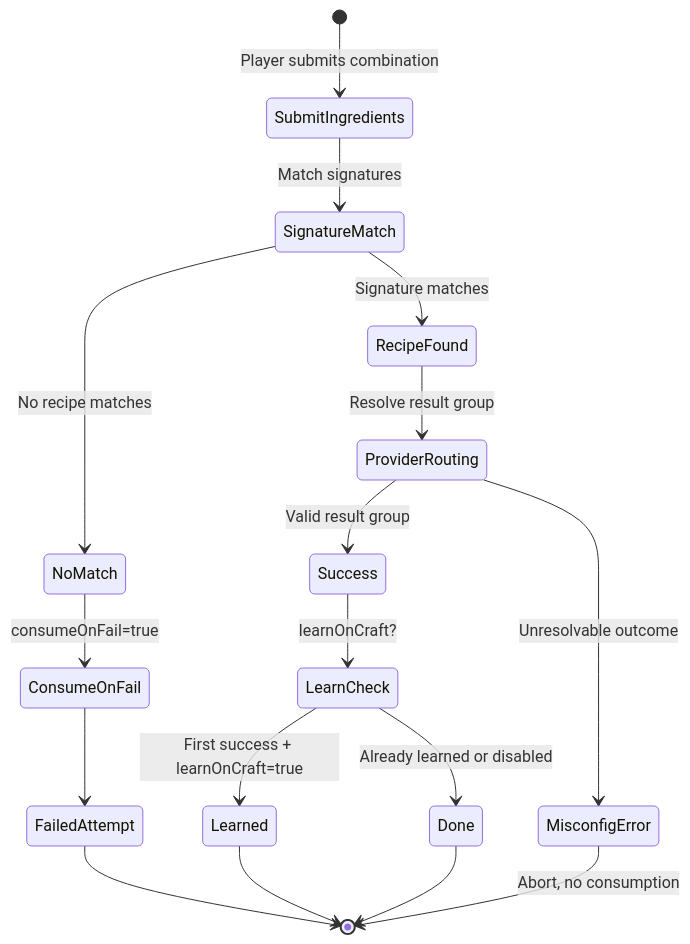
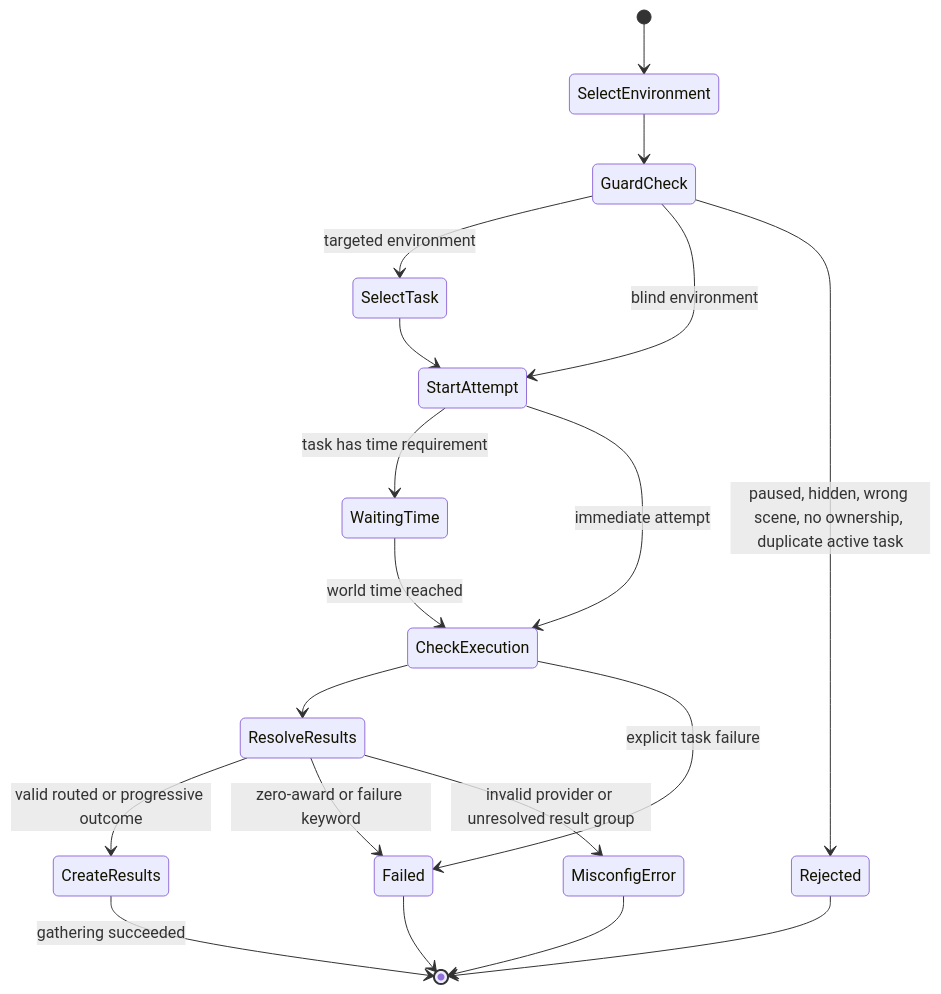
One commit to mistersilver-uk/fabricate changed the fourth of 4 diagrams in DOMAIN.md. Above: the diagram before and after it, drawn with Mermaid. The commit also changed other lines of this file, not shown here.

````diff
--- a/DOMAIN.md
+++ b/DOMAIN.md
@@ -184,19 +250,21 @@
 ```mermaid
 stateDiagram-v2
-    [*] --> SubmitIngredients: Player submits combination
-    SubmitIngredients --> SignatureMatch: Match signatures
-    SignatureMatch --> NoMatch: No recipe matches
-    NoMatch --> ConsumeOnFail: consumeOnFail=true
-    ConsumeOnFail --> FailedAttempt
-    SignatureMatch --> RecipeFound: Signature matches
-    RecipeFound --> ProviderRouting: Resolve result group
-    ProviderRouting --> Success: Valid result group
-    ProviderRouting --> MisconfigError: Unresolvable outcome
-    Success --> LearnCheck: learnOnCraft?
-    LearnCheck --> Learned: First success + learnOnCraft=true
-    LearnCheck --> Done: Already learned or disabled
-    MisconfigError --> [*]: Abort, no consumption
-    FailedAttempt --> [*]
-    Learned --> [*]
-    Done --> [*]
+    [*] --> SelectEnvironment
+    SelectEnvironment --> GuardCheck
+    GuardCheck --> SelectTask: targeted environment
+    GuardCheck --> StartAttempt: blind environment
+    GuardCheck --> Rejected: paused, hidden, wrong scene, no ownership, duplicate active task
+    SelectTask --> StartAttempt
+    StartAttempt --> WaitingTime: task has time requirement
+    StartAttempt --> CheckExecution: immediate attempt
+    WaitingTime --> CheckExecution: world time reached
+    CheckExecution --> ResolveResults
+    CheckExecution --> Failed: explicit task failure
+    ResolveResults --> CreateResults: valid routed or progressive outcome
+    ResolveResults --> Failed: zero-award or failure keyword
+    ResolveResults --> MisconfigError: invalid provider or unresolved result group
+    CreateResults --> [*]: gathering succeeded
+    Failed --> [*]
+    Rejected --> [*]
+    MisconfigError --> [*]
 ```
````
